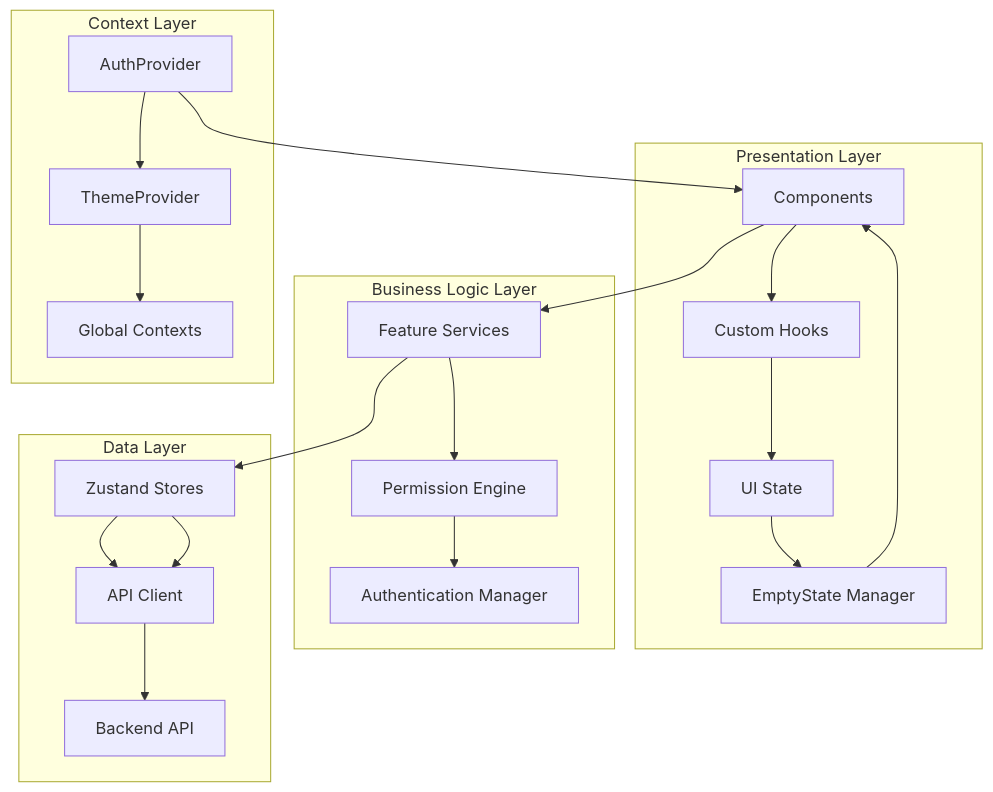
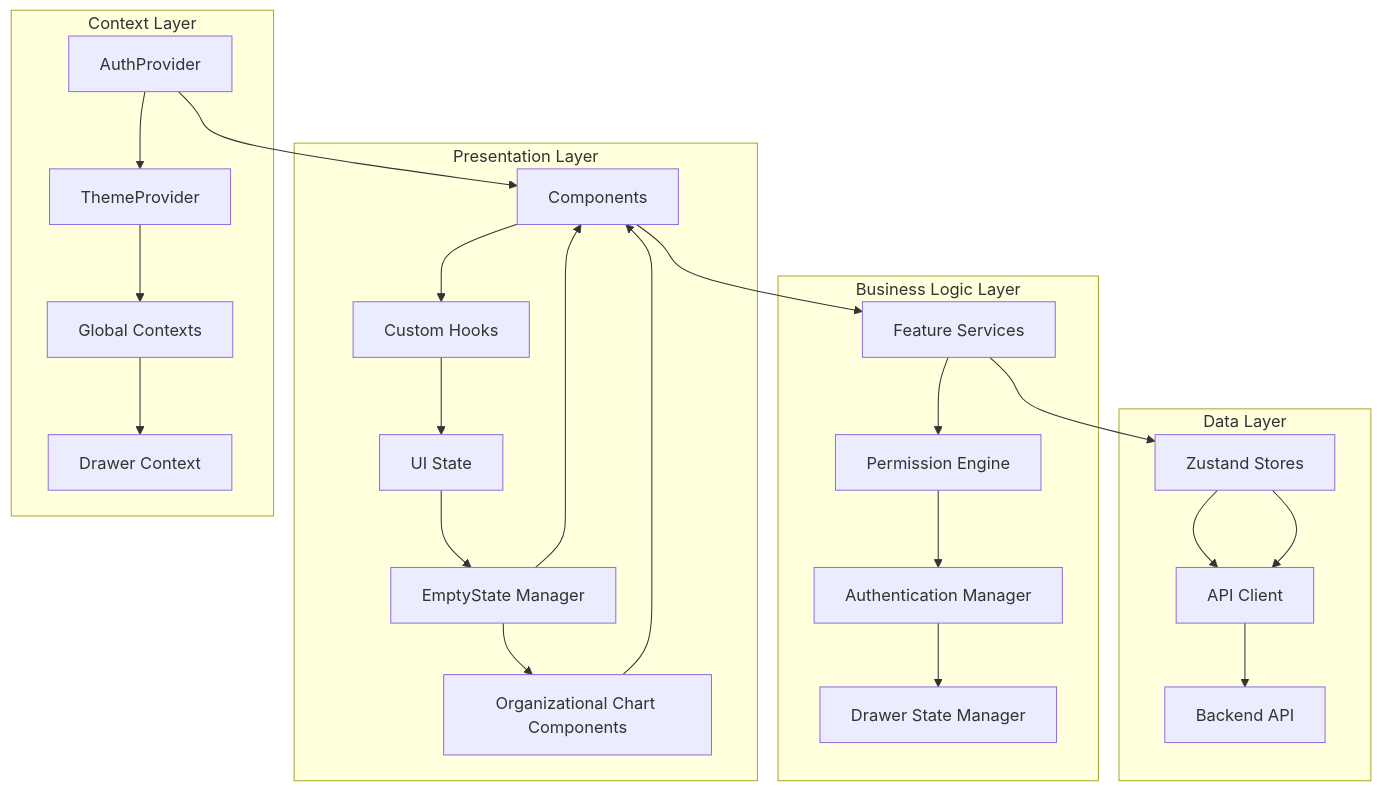
Before and after one commit to franckylab/eLISAschool: the second of 11 diagrams in .qoder/repowiki/en/content/System Architecture/Frontend Architecture/Component Architecture/Component Patterns & Best Practices.md, drawn with Mermaid. The commit also changed other lines of this file and 6 other files, not shown here.

````diff
--- a/.qoder/repowiki/en/content/System Architecture/Frontend Architecture/Component Architecture/Component Patterns & Best Practices.md
+++ b/.qoder/repowiki/en/content/System Architecture/Frontend Architecture/Component Architecture/Component Patterns & Best Practices.md
@@ -151,25 +155,29 @@
 ```mermaid
 graph TD
 subgraph "Presentation Layer"
 A[Components] --> B[Custom Hooks]
 B --> C[UI State]
 C --> D[EmptyState Manager]
+D --> E[Organizational Chart Components]
 end
 subgraph "Business Logic Layer"
-E[Feature Services] --> F[Permission Engine]
-F --> G[Authentication Manager]
+F[Feature Services] --> G[Permission Engine]
+G --> H[Authentication Manager]
+H --> I[Drawer State Manager]
 end
 subgraph "Data Layer"
-H[Zustand Stores] --> I[API Client]
-I --> J[Backend API]
+J[Zustand Stores] --> K[API Client]
+K --> L[Backend API]
 end
 subgraph "Context Layer"
-K[AuthProvider] --> L[ThemeProvider]
-L --> M[Global Contexts]
+M[AuthProvider] --> N[ThemeProvider]
+N --> O[Global Contexts]
+O --> P[Drawer Context]
 end
-A --> E
-E --> H
-H --> I
-K --> A
+A --> F
+F --> J
+J --> K
+M --> A
 D --> A
+E --> A
 ```
````
